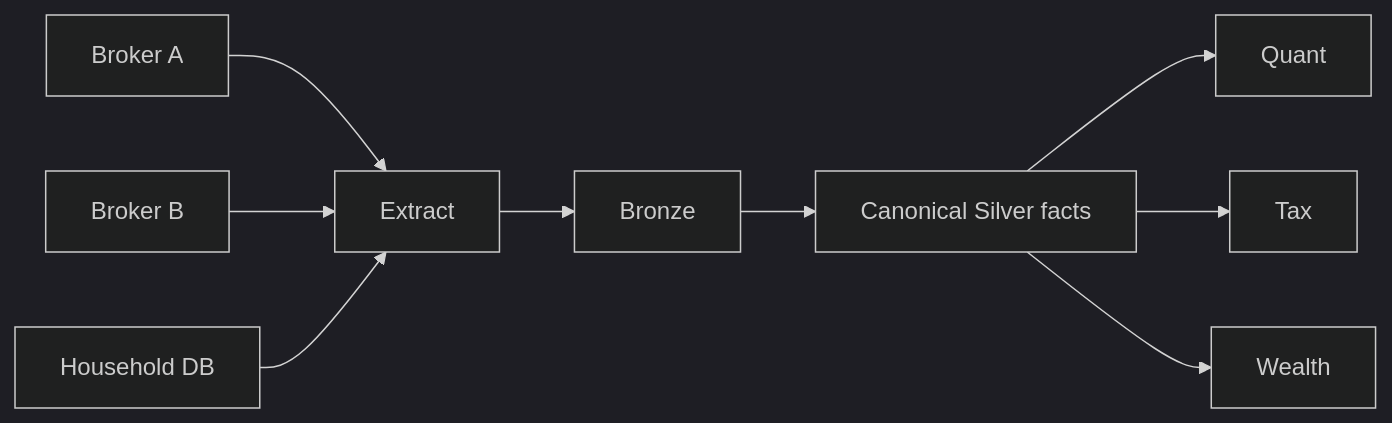
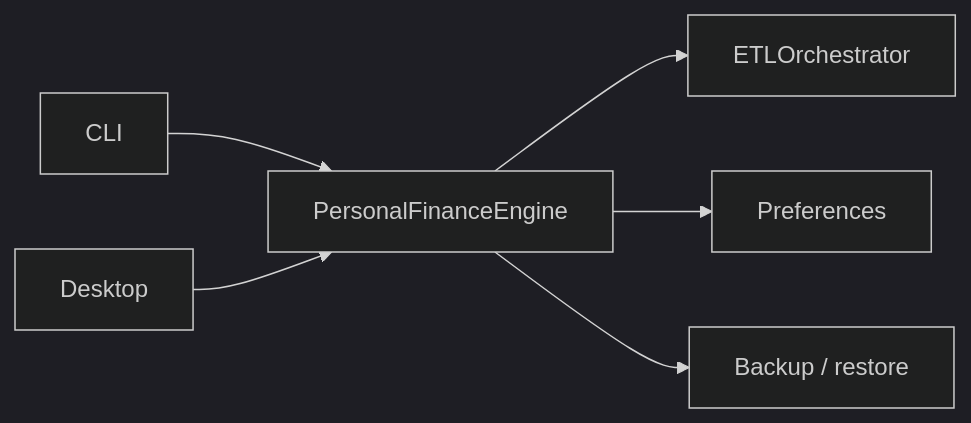
The third of 5 diagrams in docs/developer/development-guide.md (tks18/personal-finance-etl), drawn with Mermaid (dark theme) before and after one commit. The commit also changed other lines of this file and 8 other files, not shown here.

````diff
--- a/docs/developer/development-guide.md
+++ b/docs/developer/development-guide.md
@@ -65,11 +131,15 @@
 ```mermaid
 flowchart LR
-    B1[Broker A] --> E[Extract]
-    B2[Broker B] --> E
-    H[Household DB] --> E
-    E --> B[Bronze]
-    B --> C[Canonical Silver facts]
-    C --> Q[Quant]
-    C --> T[Tax]
-    C --> W[Wealth]
+    CLI[CLI]
+    GUI[Desktop]
+    F[PersonalFinanceEngine]
+    ORCH[ETLOrchestrator]
+    PREF[Preferences]
+    BK[Backup / restore]
+
+    CLI --> F
+    GUI --> F
+    F --> ORCH
+    F --> PREF
+    F --> BK
 ```
````
